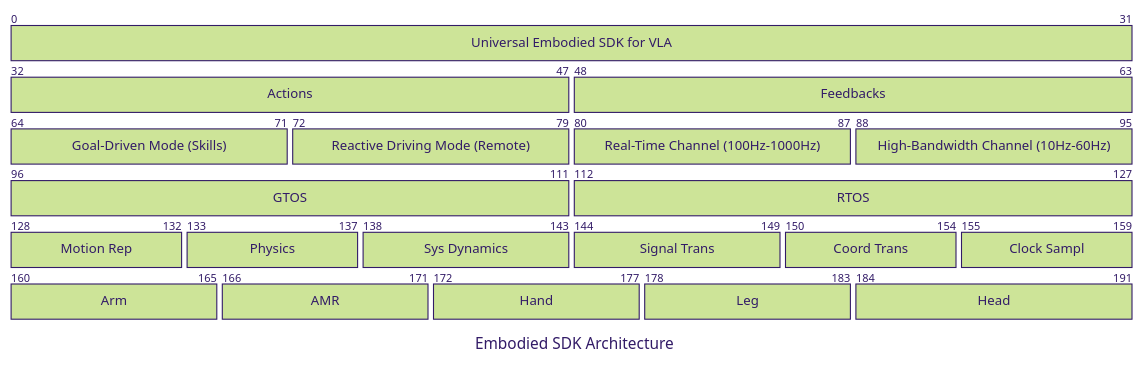
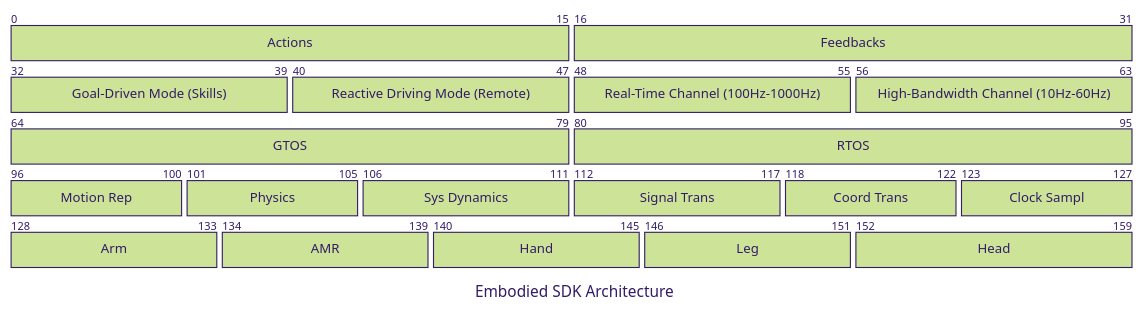
Before and after one commit to MarkovChenITRI/.github: the second of 2 diagrams in profile/README.md, drawn with Mermaid (forest theme).

````diff
--- a/profile/README.md
+++ b/profile/README.md
@@ -65,26 +65,25 @@
 ```mermaid
 ---
 title: Embodied SDK Architecture
 ---
 packet
-0-31: "Universal Embodied SDK for VLA"
-32-47: "Actions"
-48-63: "Feedbacks"
-64-71: "Goal-Driven Mode (Skills)"
-72-79: "Reactive Driving Mode (Remote)"
-80-87: "Real-Time Channel (100Hz-1000Hz)"
-88-95: "High-Bandwidth Channel (10Hz-60Hz)"
-96-111: "GTOS"
-112-127: "RTOS"
-128-132: "Motion Rep"
-133-137: "Physics"
-138-143: "Sys Dynamics"
-144-149: "Signal Trans"
-150-154: "Coord Trans"
-155-159: "Clock Sampl"
-160-165: "Arm"
-166-171: "AMR"
-172-177: "Hand"
-178-183: "Leg"
-184-191: "Head"
+0-15: "Actions"
+16-31: "Feedbacks"
+32-39: "Goal-Driven Mode (Skills)"
+40-47: "Reactive Driving Mode (Remote)"
+48-55: "Real-Time Channel (100Hz-1000Hz)"
+56-63: "High-Bandwidth Channel (10Hz-60Hz)"
+64-79: "GTOS"
+80-95: "RTOS"
+96-100: "Motion Rep"
+101-105: "Physics"
+106-111: "Sys Dynamics"
+112-117: "Signal Trans"
+118-122: "Coord Trans"
+123-127: "Clock Sampl"
+128-133: "Arm"
+134-139: "AMR"
+140-145: "Hand"
+146-151: "Leg"
+152-159: "Head"
 ```
````
